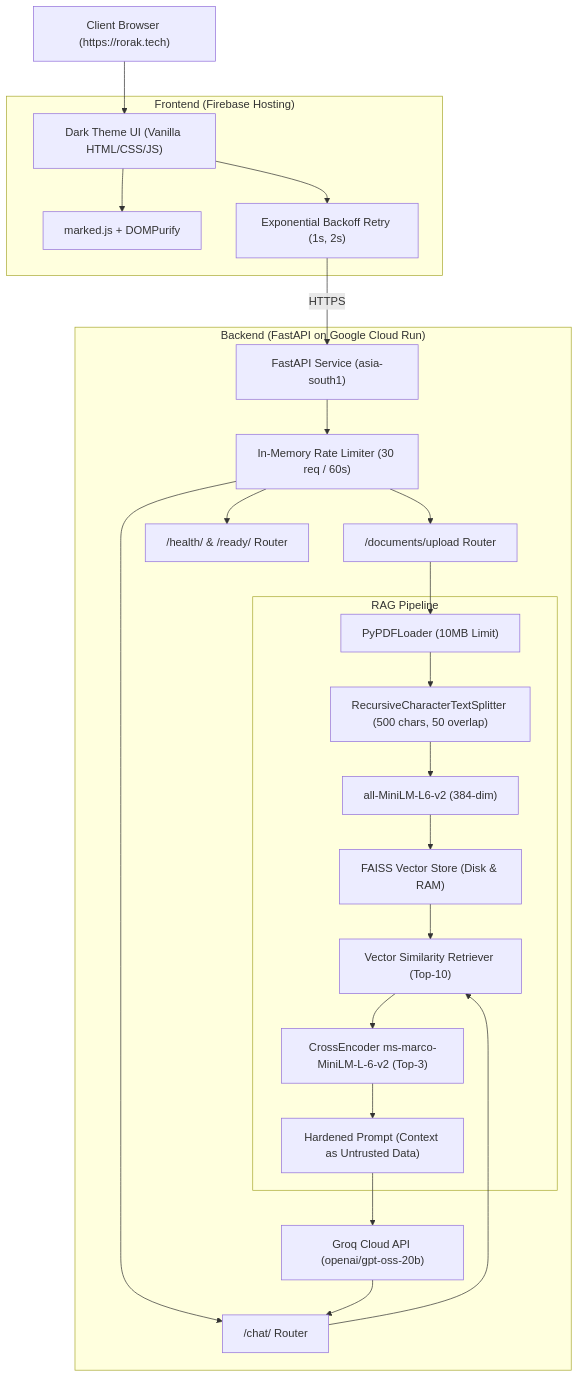
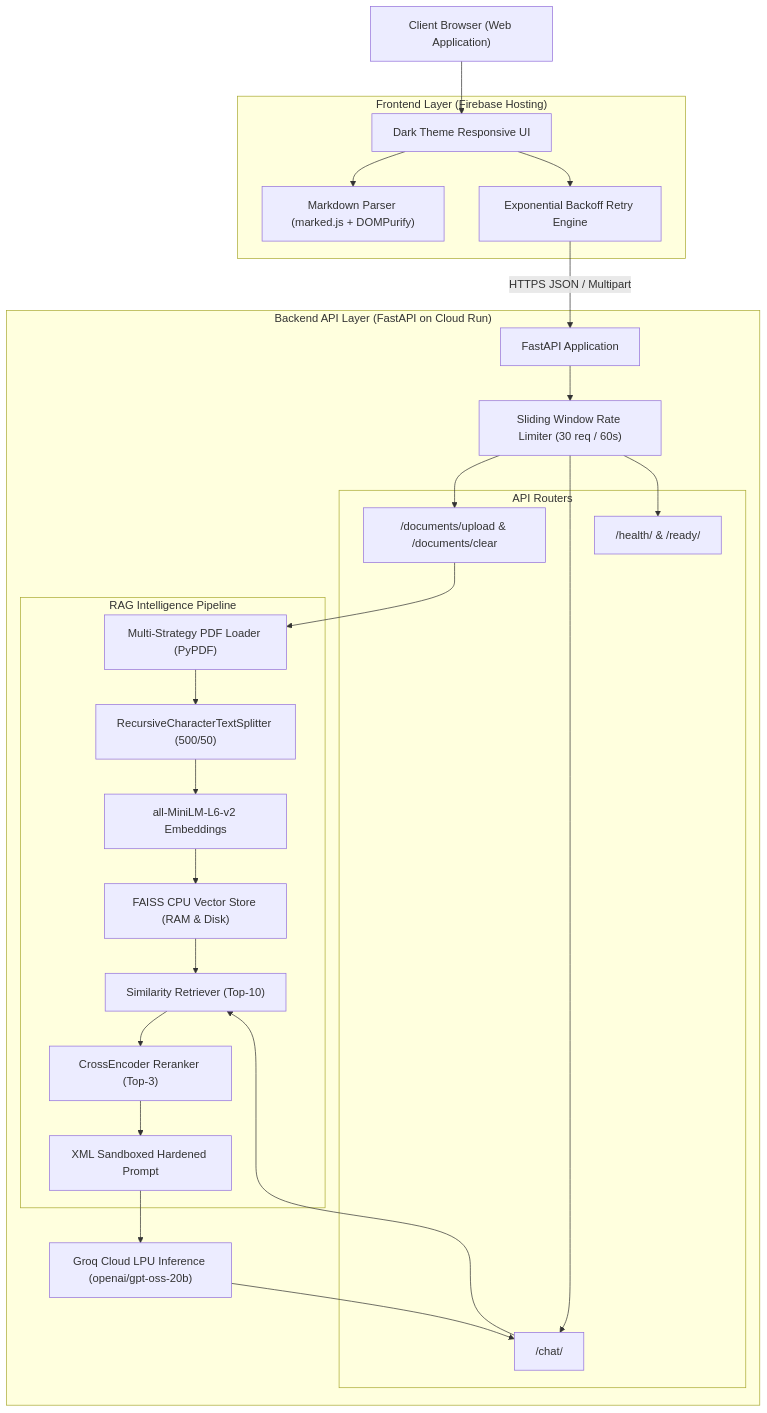
One commit to roraks24/rorak_ai changed the first of 2 diagrams in README.md. Above: the diagram before and after it, drawn with Mermaid. The commit also changed other lines of this file and 15 other files, not shown here.

````diff
--- a/README.md
+++ b/README.md
@@ -9,51 +61,54 @@
 ```mermaid
 flowchart TD
-    User["Client Browser (https://rorak.tech)"]
+    User["Client Browser (Web Application)"]
     
-    subgraph Frontend ["Frontend (Firebase Hosting)"]
-        UI["Dark Theme UI (Vanilla HTML/CSS/JS)"]
-        MarkdownParser["marked.js + DOMPurify"]
-        RetryLogic["Exponential Backoff Retry (1s, 2s)"]
+    subgraph Frontend ["Frontend Layer (Firebase Hosting)"]
+        UI["Dark Theme Responsive UI"]
+        Sanitizer["Markdown Parser (marked.js + DOMPurify)"]
+        Backoff["Exponential Backoff Retry Engine"]
     end
 
-    subgraph Backend ["Backend (FastAPI on Google Cloud Run)"]
-        FastAPIApp["FastAPI Service (asia-south1)"]
-        RateLimiter["In-Memory Rate Limiter (30 req / 60s)"]
-        DocRouter["/documents/upload Router"]
-        ChatRouter["/chat/ Router"]
-        HealthRouter["/health/ & /ready/ Router"]
+    subgraph Backend ["Backend API Layer (FastAPI on Cloud Run)"]
+        API["FastAPI Application"]
+        RateLimit["Sliding Window Rate Limiter (30 req / 60s)"]
         
-        subgraph RAG ["RAG Pipeline"]
-            PyPDF["PyPDFLoader (10MB Limit)"]
-            Splitter["RecursiveCharacterTextSplitter (500 chars, 50 overlap)"]
-            Embeddings["all-MiniLM-L6-v2 (384-dim)"]
-            VectorStore["FAISS Vector Store (Disk & RAM)"]
-            Retriever["Vector Similarity Retriever (Top-10)"]
-            Reranker["CrossEncoder ms-marco-MiniLM-L-6-v2 (Top-3)"]
-            PromptShield["Hardened Prompt (Context as Untrusted Data)"]
+        subgraph Routers ["API Routers"]
+            DocRoute["/documents/upload & /documents/clear"]
+            ChatRoute["/chat/"]
+            HealthRoute["/health/ & /ready/"]
         end
         
-        LLM["Groq Cloud API (openai/gpt-oss-20b)"]
+        subgraph Pipeline ["RAG Intelligence Pipeline"]
+            Parser["Multi-Strategy PDF Loader (PyPDF)"]
+            Splitter["RecursiveCharacterTextSplitter (500/50)"]
+            Embeddings["all-MiniLM-L6-v2 Embeddings"]
+            FAISSStore["FAISS CPU Vector Store (RAM & Disk)"]
+            Retriever["Similarity Retriever (Top-10)"]
+            Reranker["CrossEncoder Reranker (Top-3)"]
+            PromptEngine["XML Sandboxed Hardened Prompt"]
+        end
+        
+        LLM["Groq Cloud LPU Inference (openai/gpt-oss-20b)"]
     end
 
     User --> UI
-    UI --> MarkdownParser
-    UI --> RetryLogic
-    RetryLogic -->|HTTPS| FastAPIApp
-    FastAPIApp --> RateLimiter
-    RateLimiter --> DocRouter
-    RateLimiter --> ChatRouter
-    RateLimiter --> HealthRouter
+    UI --> Sanitizer
+    UI --> Backoff
+    Backoff -->|HTTPS JSON / Multipart| API
+    API --> RateLimit
+    RateLimit --> DocRoute
+    RateLimit --> ChatRoute
+    RateLimit --> HealthRoute
     
-    DocRouter --> PyPDF
-    PyPDF --> Splitter
+    DocRoute --> Parser
+    Parser --> Splitter
     Splitter --> Embeddings
-    Embeddings --> VectorStore
+    Embeddings --> FAISSStore
     
-    ChatRouter --> Retriever
-    VectorStore --> Retriever
+    ChatRoute --> Retriever
+    FAISSStore --> Retriever
     Retriever --> Reranker
-    Reranker --> PromptShield
-    PromptShield --> LLM
-    LLM --> ChatRouter
+    Reranker --> PromptEngine
+    PromptEngine --> LLM
+    LLM --> ChatRoute
 ```
````
